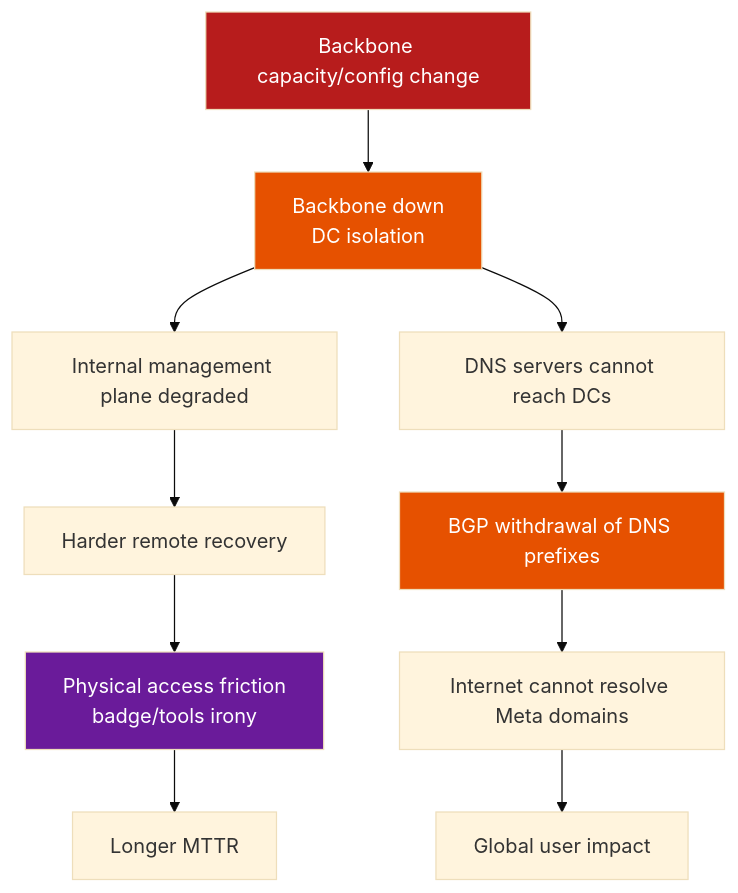
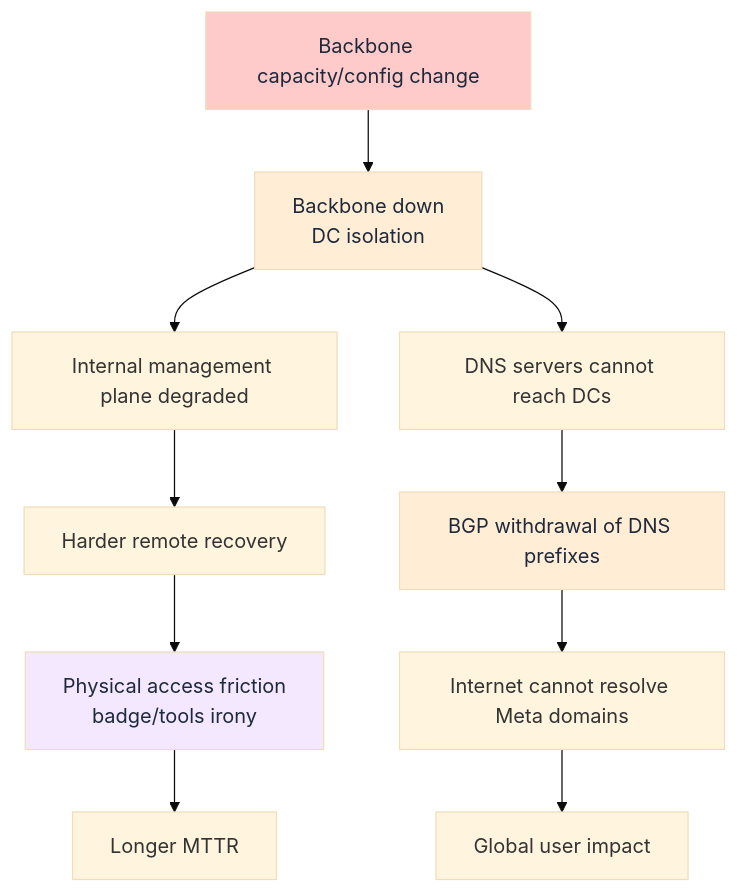
Before and after one commit to XUanhoa04/aiops-engineering-handbook: the fourth of 9 diagrams in docs/en/16-famous-incidents/README.md, drawn with Mermaid (base theme). The commit also changed other lines of this file and 39 other files, not shown here.

First line of the commit message:
docs: concept-first Ch.08-12, collapse code, soft Mermaid colors

````diff
--- a/docs/en/16-famous-incidents/README.md
+++ b/docs/en/16-famous-incidents/README.md
@@ -597,17 +616,17 @@
 ```mermaid
 flowchart TD
     CHG[Backbone capacity/config change] --> BB[Backbone down\nDC isolation]
     BB --> INT[Internal management plane degraded]
     BB --> DNSH[DNS servers cannot reach DCs]
     DNSH --> BGP[BGP withdrawal of DNS prefixes]
     BGP --> EXT[Internet cannot resolve Meta domains]
     EXT --> USER[Global user impact]
     INT --> OOB[Harder remote recovery]
     OOB --> PHYS[Physical access friction\nbadge/tools irony]
     PHYS --> SLOW[Longer MTTR]
 
-    style CHG fill:#b71c1c,color:#fff
-    style BB fill:#e65100,color:#fff
-    style BGP fill:#e65100,color:#fff
-    style PHYS fill:#6a1b9a,color:#fff
+    style CHG fill:#fecaca,color:#1e293b
+    style BB fill:#ffedd5,color:#1e293b
+    style BGP fill:#ffedd5,color:#1e293b
+    style PHYS fill:#f3e8ff,color:#1e293b
 ```
````
